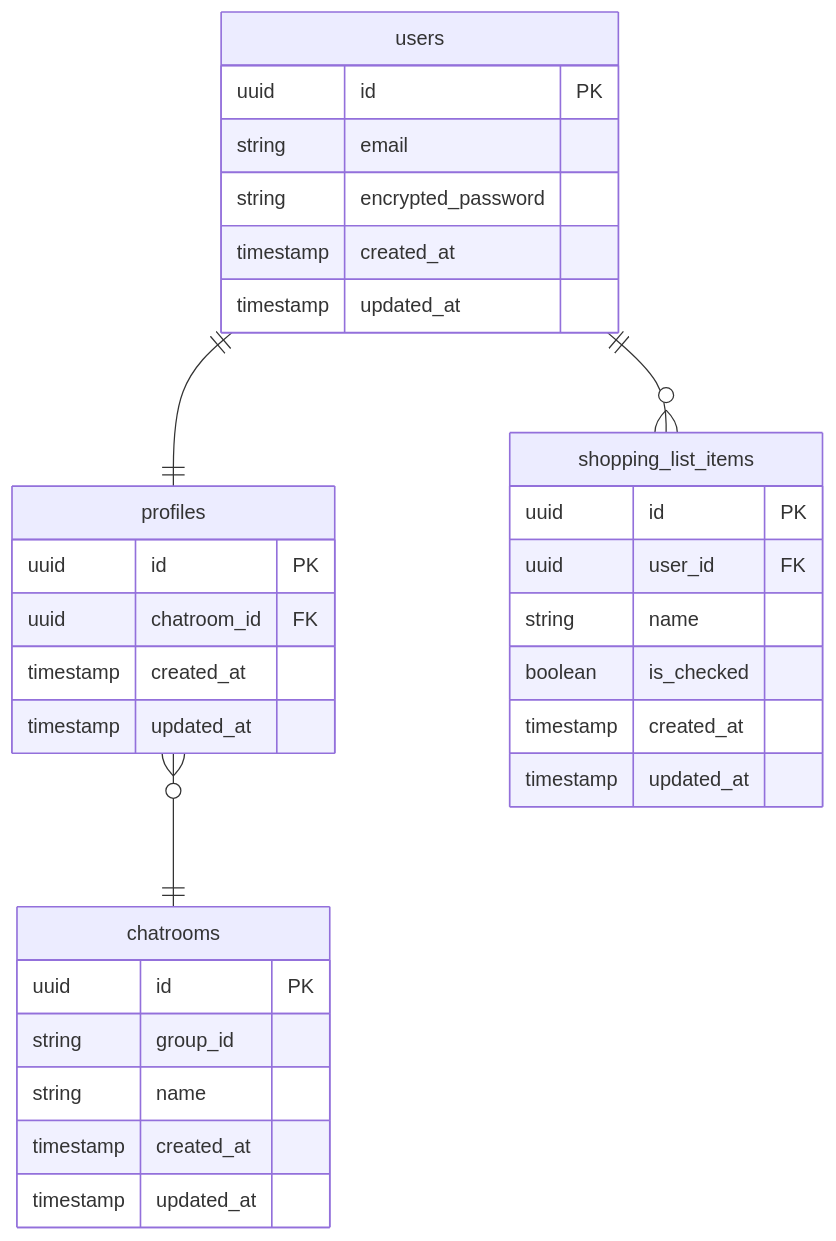
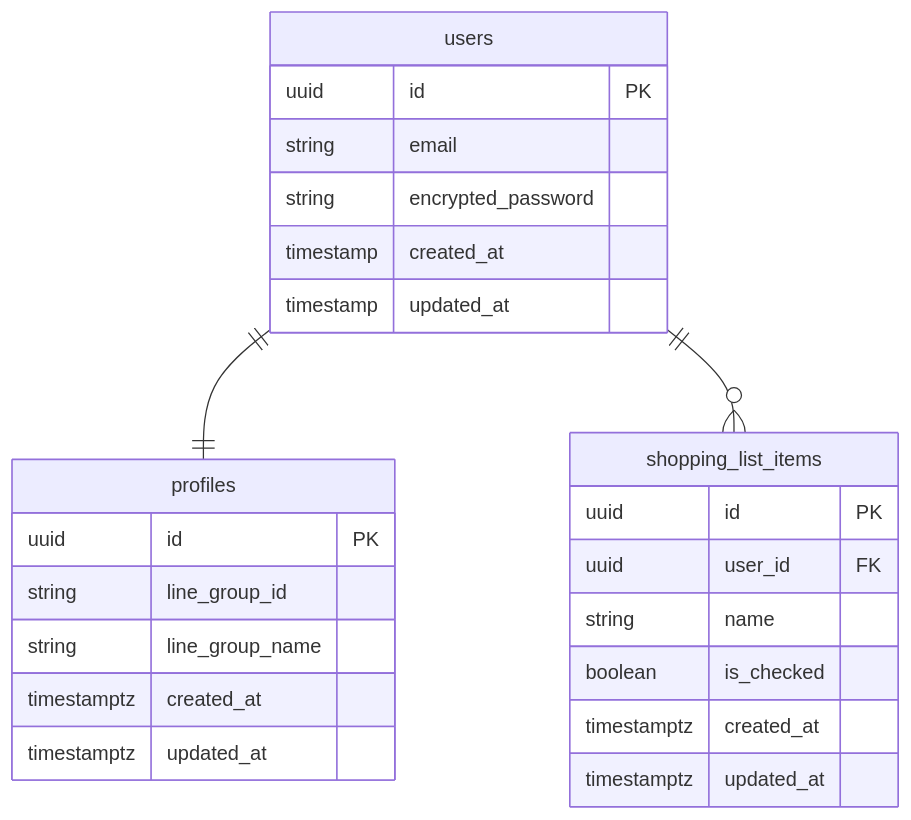
The diagram in docs/erd.md (jino-code/kaidashisan), drawn with Mermaid before and after one commit.

Commit message:
docs: update erd

````diff
--- a/docs/erd.md
+++ b/docs/erd.md
@@ -1,38 +1,30 @@
 ```mermaid
 erDiagram
     users ||--|| profiles : ""
-    profiles }o--|| chatrooms : ""
     users ||--o{ shopping_list_items : ""
 
     users {
         uuid id PK
         string email
         string encrypted_password
         timestamp created_at
         timestamp updated_at
     }
 
     profiles {
         uuid id PK
-        uuid chatroom_id FK
-        timestamp created_at
-        timestamp updated_at
-    }
-
-    chatrooms {
-        uuid id PK
-        string group_id
-        string name
-        timestamp created_at
-        timestamp updated_at
+        string line_group_id
+        string line_group_name
+        timestamptz created_at
+        timestamptz updated_at
     }
 
     shopping_list_items {
         uuid id PK
         uuid user_id FK
         string name
         boolean is_checked
-        timestamp created_at
-        timestamp updated_at
+        timestamptz created_at
+        timestamptz updated_at
     }
 ```
````
